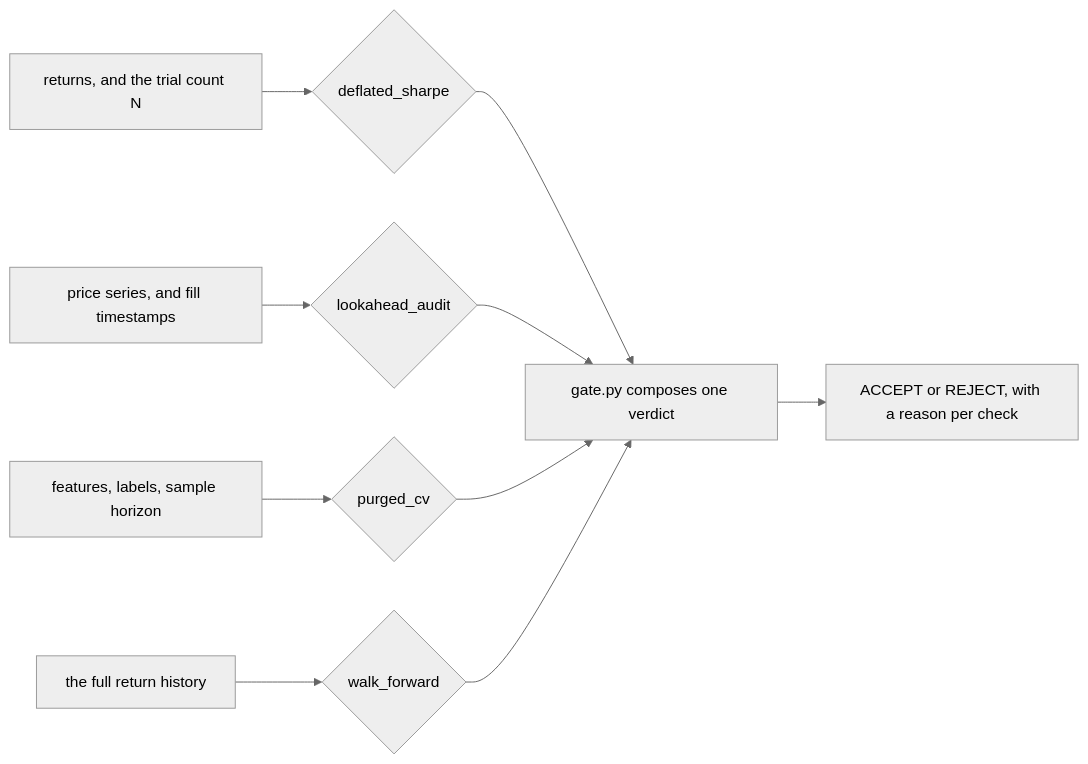
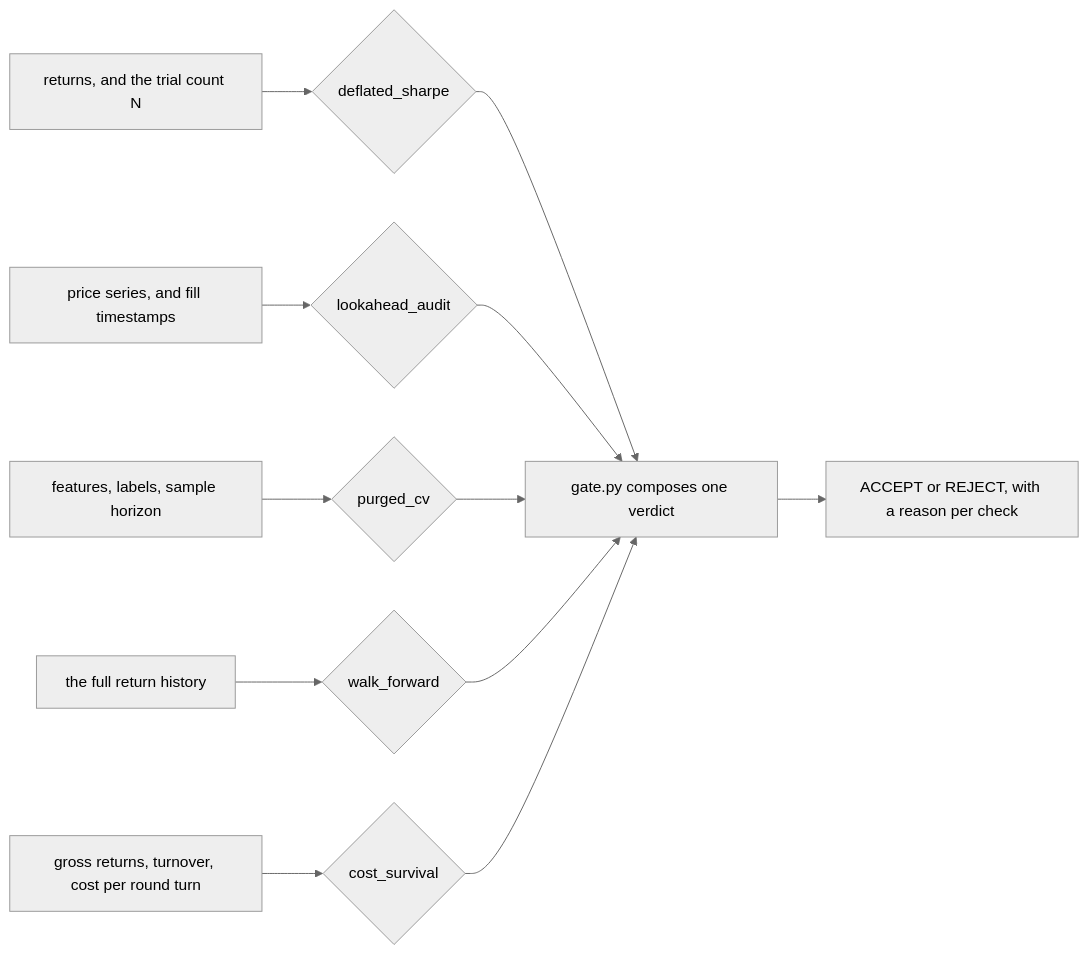
Before and after one commit to vzchang/signalguard: the diagram in README.md, drawn with Mermaid (neutral theme). The commit also changed other lines of this file and 3 other files, not shown here.

````diff
--- a/README.md
+++ b/README.md
@@ -79,12 +80,14 @@
 ```mermaid
 flowchart LR
     A1["returns, and the trial count N"] --> C1{"deflated_sharpe"}
     A2["price series, and fill timestamps"] --> C2{"lookahead_audit"}
     A3["features, labels, sample horizon"] --> C3{"purged_cv"}
     A4["the full return history"] --> C4{"walk_forward"}
+    A5["gross returns, turnover, cost per round turn"] --> C5{"cost_survival"}
     C1 --> G["gate.py composes one verdict"]
     C2 --> G
     C3 --> G
     C4 --> G
+    C5 --> G
     G --> V["ACCEPT or REJECT, with a reason per check"]
 ```
````
